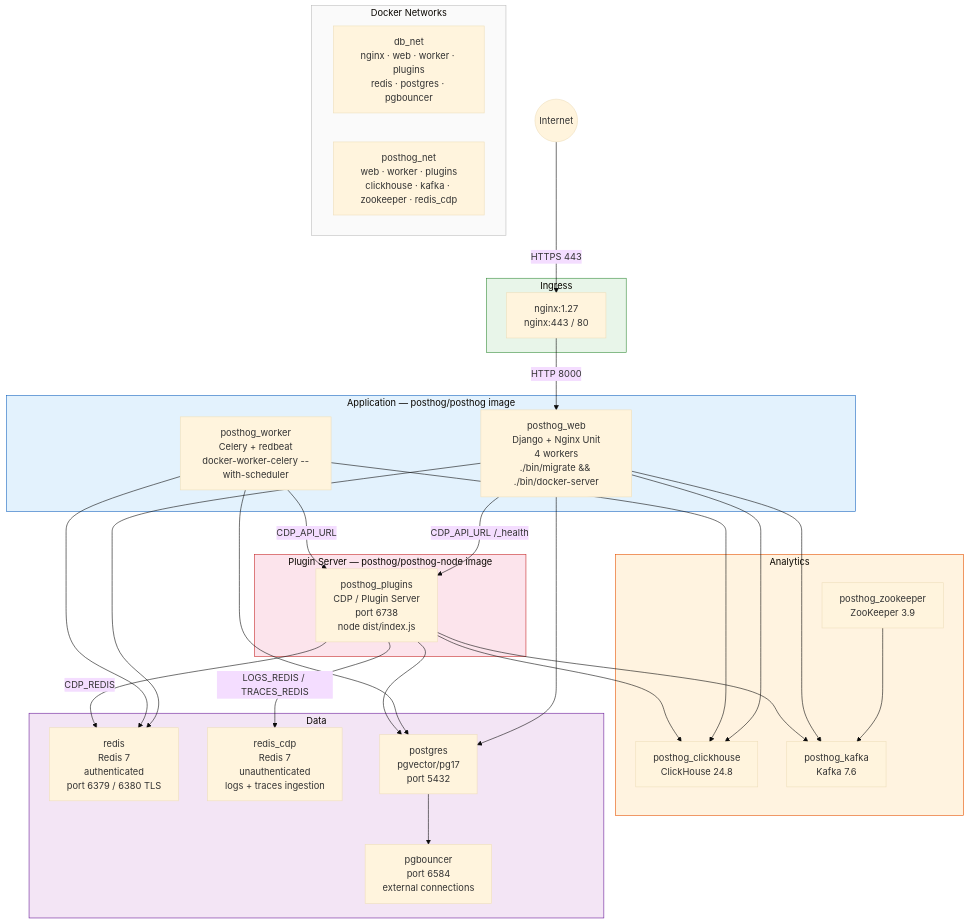
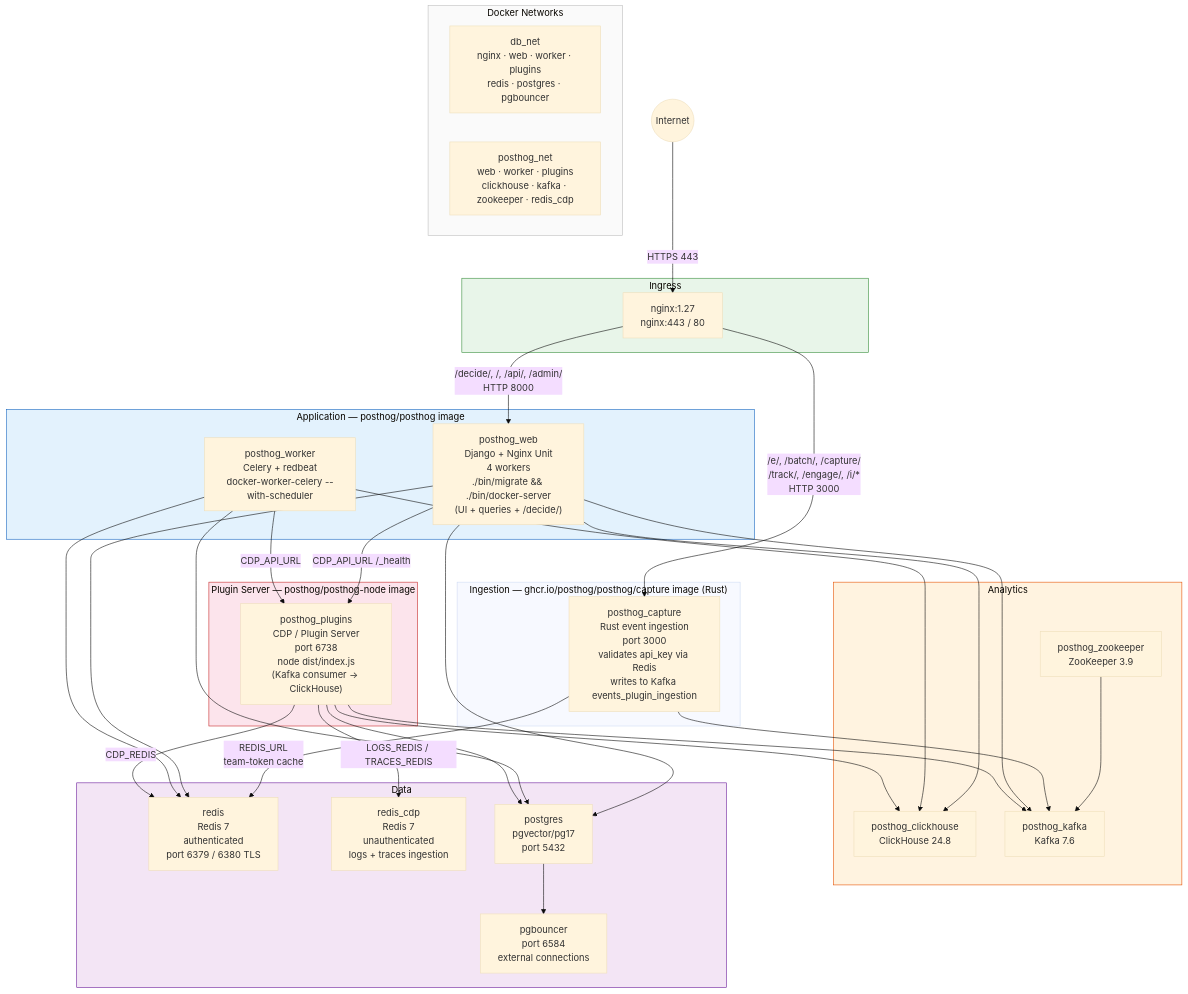
Before and after one commit to Ismail-Mirza/selfhog: the second of 3 diagrams in README.md, drawn with Mermaid (base theme). The commit also changed other lines of this file and 8 other files, not shown here.

````diff
--- a/README.md
+++ b/README.md
@@ -126,64 +126,71 @@
 ```mermaid
 graph TB
     Internet((Internet)) -->|HTTPS 443| nginx
 
     subgraph ingress["Ingress"]
         nginx["nginx:1.27\nnginx:443 / 80"]
     end
 
-    nginx -->|HTTP 8000| posthog_web
+    nginx -->|"/e/, /batch/, /capture/<br/>/track/, /engage/, /i/*<br/>HTTP 3000"| posthog_capture
+    nginx -->|"/decide/, /, /api/, /admin/<br/>HTTP 8000"| posthog_web
+
+    subgraph capture["Ingestion — ghcr.io/posthog/posthog/capture image (Rust)"]
+        posthog_capture["posthog_capture\nRust event ingestion\nport 3000\nvalidates api_key via Redis<br/>writes to Kafka events_plugin_ingestion"]
+    end
 
     subgraph app["Application — posthog/posthog image"]
-        posthog_web["posthog_web\nDjango + Nginx Unit\n4 workers\n./bin/migrate && ./bin/docker-server"]
+        posthog_web["posthog_web\nDjango + Nginx Unit\n4 workers\n./bin/migrate && ./bin/docker-server\n(UI + queries + /decide/)"]
         posthog_worker["posthog_worker\nCelery + redbeat\ndocker-worker-celery --with-scheduler"]
     end
 
     subgraph plugins["Plugin Server — posthog/posthog-node image"]
-        posthog_plugins["posthog_plugins\nCDP / Plugin Server\nport 6738\nnode dist/index.js"]
+        posthog_plugins["posthog_plugins\nCDP / Plugin Server\nport 6738\nnode dist/index.js\n(Kafka consumer → ClickHouse)"]
     end
 
     posthog_web -->|CDP_API_URL /_health| posthog_plugins
     posthog_worker -->|CDP_API_URL| posthog_plugins
 
     subgraph analytics["Analytics"]
         clickhouse["posthog_clickhouse\nClickHouse 24.8"]
         kafka["posthog_kafka\nKafka 7.6"]
         zookeeper["posthog_zookeeper\nZooKeeper 3.9"]
     end
 
     zookeeper --> kafka
+    posthog_capture --> kafka
     posthog_web --> clickhouse
     posthog_web --> kafka
     posthog_worker --> clickhouse
     posthog_plugins --> clickhouse
     posthog_plugins --> kafka
 
     subgraph data["Data"]
         redis["redis\nRedis 7\nauthenticated\nport 6379 / 6380 TLS"]
         redis_cdp["redis_cdp\nRedis 7\nunauthenticated\nlogs + traces ingestion"]
         postgres["postgres\npgvector/pg17\nport 5432"]
         pgbouncer["pgbouncer\nport 6584\nexternal connections"]
     end
 
+    posthog_capture -->|REDIS_URL\nteam-token cache| redis
     posthog_web --> redis
     posthog_worker --> redis
     posthog_plugins -->|CDP_REDIS| redis
     posthog_plugins -->|LOGS_REDIS / TRACES_REDIS| redis_cdp
     posthog_web --> postgres
     posthog_worker --> postgres
     posthog_plugins --> postgres
     postgres --> pgbouncer
 
     subgraph networks["Docker Networks"]
         direction LR
         db_net["db_net\nnginx · web · worker · plugins\nredis · postgres · pgbouncer"]
         posthog_net["posthog_net\nweb · worker · plugins\nclickhouse · kafka · zookeeper · redis_cdp"]
     end
 
     style ingress fill:#e8f5e9,stroke:#388e3c
     style app fill:#e3f2fd,stroke:#1565c0
     style plugins fill:#fce4ec,stroke:#c62828
     style analytics fill:#fff3e0,stroke:#e65100
     style data fill:#f3e5f5,stroke:#6a1b9a
     style networks fill:#fafafa,stroke:#bdbdbd
 ```
````
